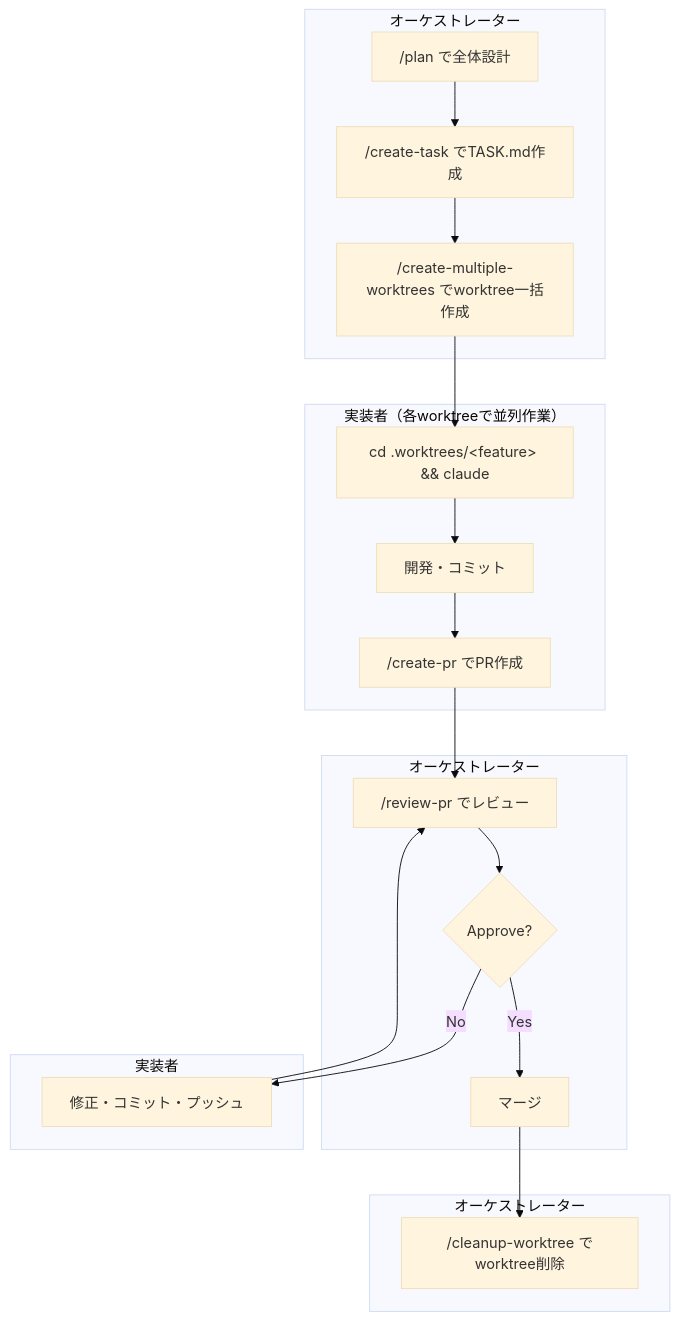
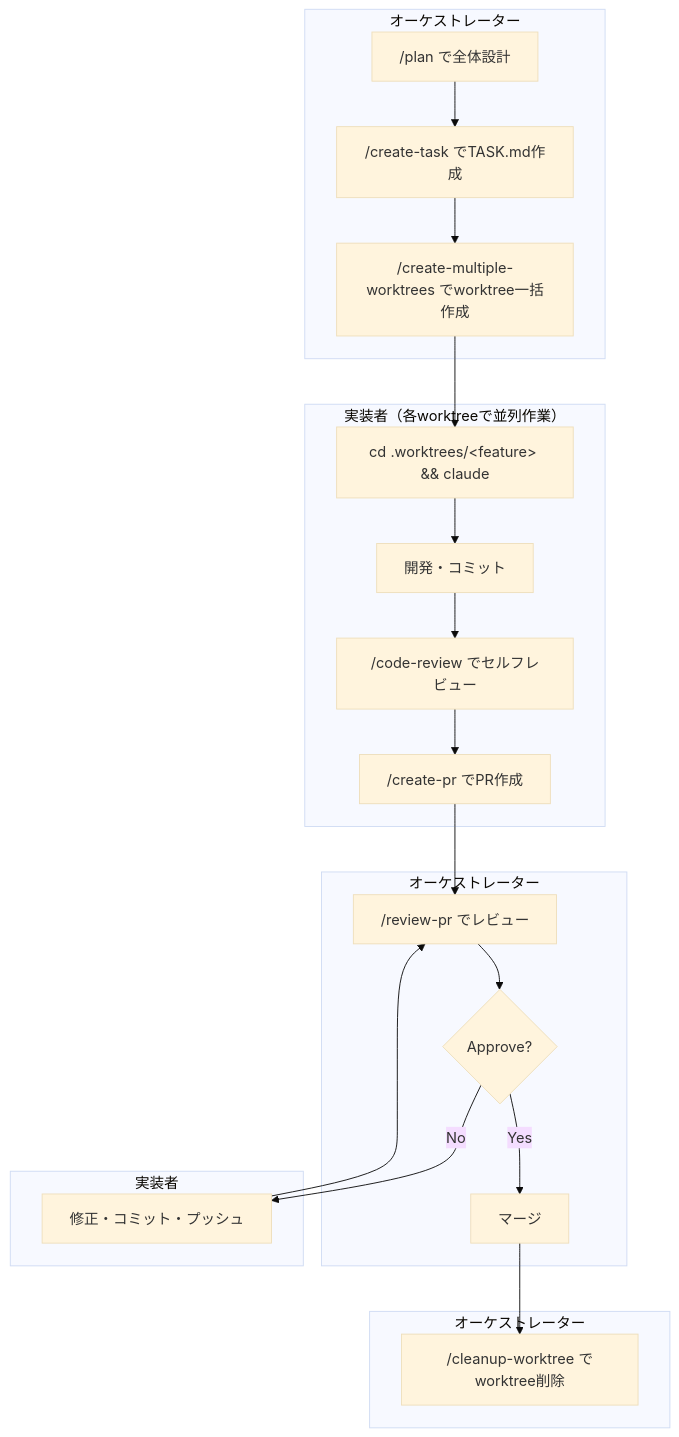
The second of 3 diagrams in README.md (hiroto-aibara/claude-code-skill-example), drawn with Mermaid (base theme) before and after one commit. The commit also changed other lines of this file, not shown here.

````diff
--- a/README.md
+++ b/README.md
@@ -60,38 +89,39 @@
 ```mermaid
 flowchart TD
     subgraph Orchestrator["オーケストレーター"]
         A["/plan で全体設計"]
         B["/create-task でTASK.md作成"]
         C["/create-multiple-worktrees でworktree一括作成"]
         A --> B --> C
     end
 
     subgraph Implementer["実装者（各worktreeで並列作業）"]
         D["cd .worktrees/&lt;feature&gt; && claude"]
         E["開発・コミット"]
-        F["/create-pr でPR作成"]
-        D --> E --> F
+        F["/code-review でセルフレビュー"]
+        G["/create-pr でPR作成"]
+        D --> E --> F --> G
     end
 
     subgraph Review["オーケストレーター"]
-        G["/review-pr でレビュー"]
-        H{"Approve?"}
-        I["マージ"]
-        G --> H
-        H -->|Yes| I
+        H["/review-pr でレビュー"]
+        I{"Approve?"}
+        J["マージ"]
+        H --> I
+        I -->|Yes| J
     end
 
     subgraph Fix["実装者"]
-        J["修正・コミット・プッシュ"]
+        K["修正・コミット・プッシュ"]
     end
 
     subgraph Cleanup["オーケストレーター"]
-        K["/cleanup-worktree でworktree削除"]
+        L["/cleanup-worktree でworktree削除"]
     end
 
     C --> D
-    F --> G
-    H -->|No| J
-    J --> G
-    I --> K
+    G --> H
+    I -->|No| K
+    K --> H
+    J --> L
 ```
````
